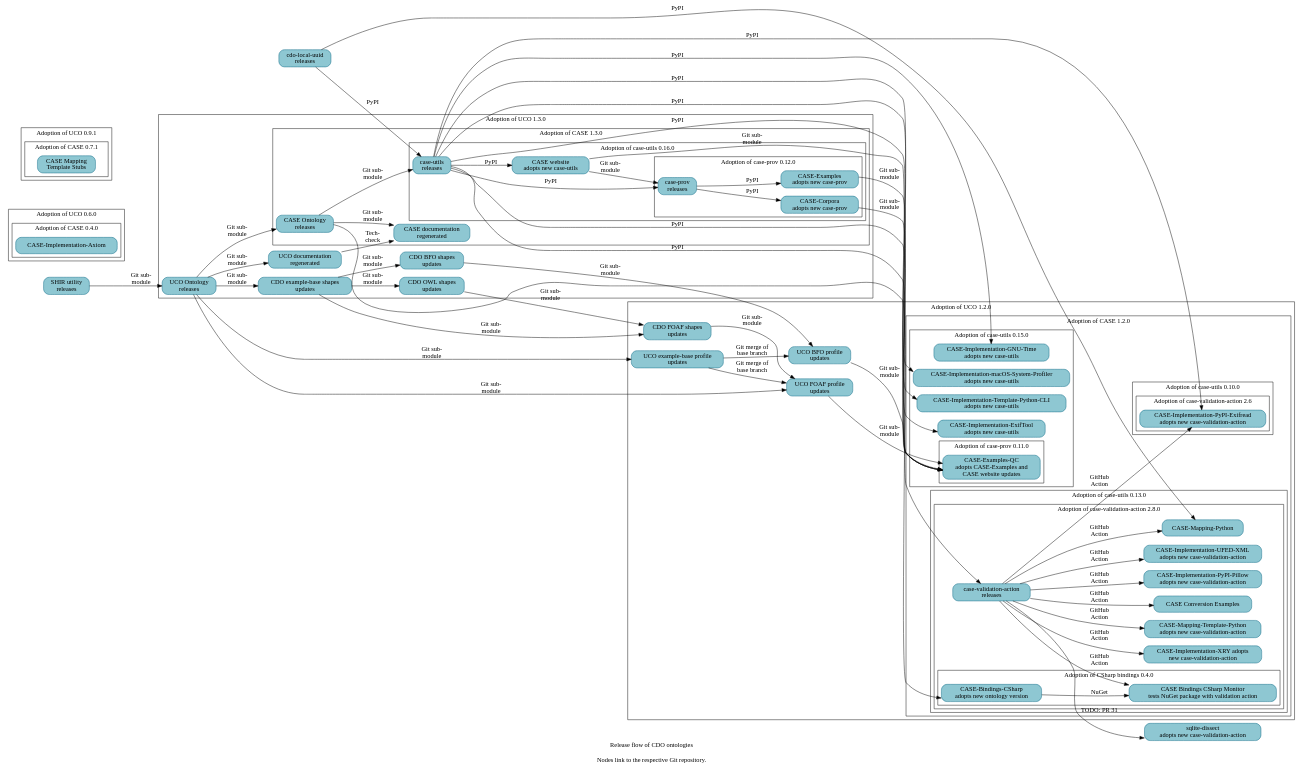
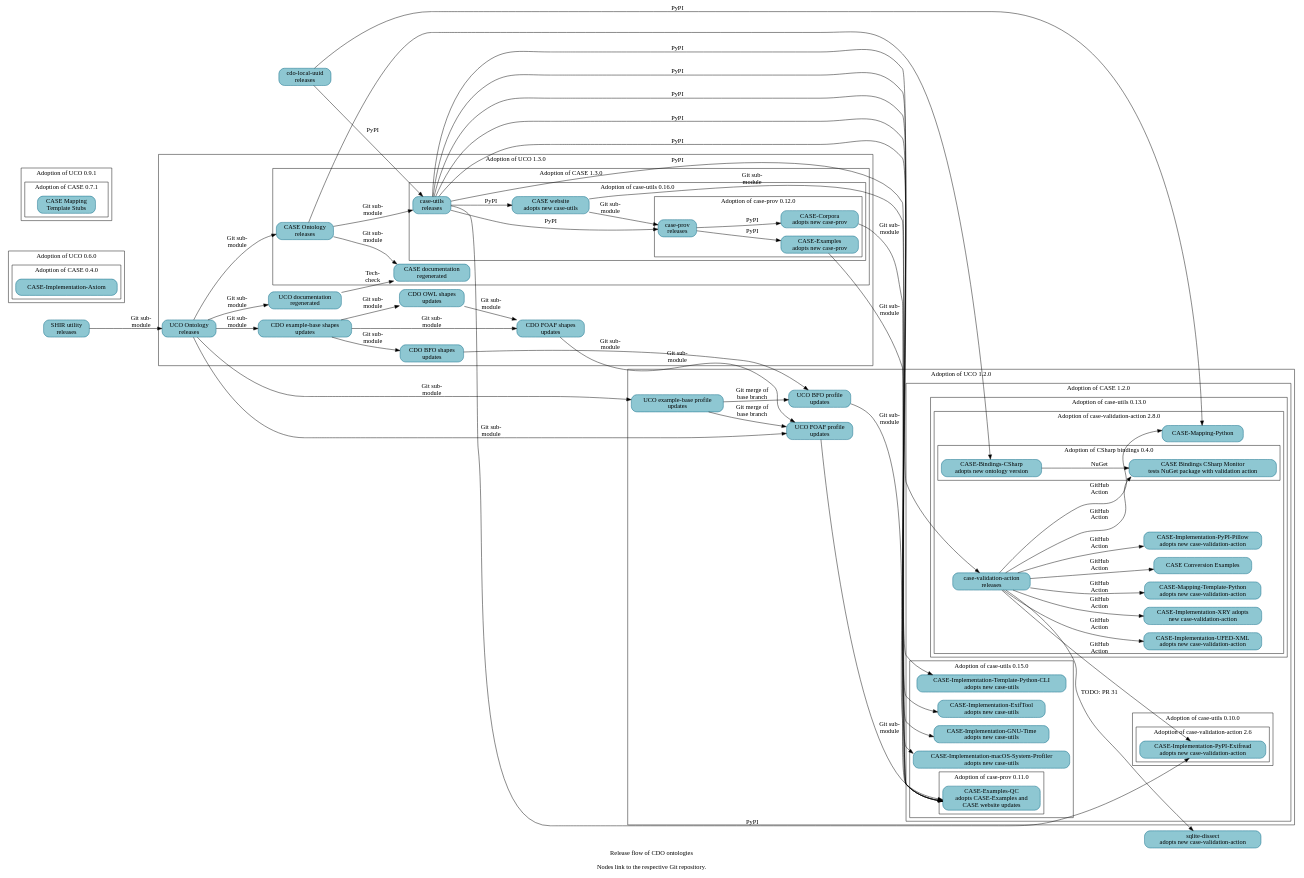
Before and after one commit to Cyber-Domain-Ontology/cdo.github.io: the diagram in resources/project_release_flow.dot, drawn with Graphviz. The commit also changed other lines of this file, not shown here.

```diff
--- a/resources/project_release_flow.dot
+++ b/resources/project_release_flow.dot
@@ -1,173 +1,173 @@
 digraph "cdo_release_flow" {
   label = "Release flow of CDO ontologies\n\nNodes link to the respective Git repository." ;
   rankdir = "LR" ;
   node [shape="rectangle" style="filled,rounded" fillcolor="#8EC7D2" color="#0D6986"] ;
 
   // Define nodes in their corresponding progress subgraph.
 
   _GH__CYBER_DOMAIN_ONTOLOGY__CDO_UTILITY_LOCAL_UUID [URL="https://github.com/Cyber-Domain-Ontology/CDO-Utility-Local-UUID" label="cdo-local-uuid\nreleases"] ;
 
   subgraph cluster_uco_0_6_0 {
     label = "Adoption of UCO 0.6.0" ;
 
     subgraph cluster_case_0_4_0 {
       label = "Adoption of CASE 0.4.0" ;
       _GH__CASEWORK__CASE_IMPLEMENTATION_AXIOM [URL="https://github.com/casework/CASE-Implementation-Axiom" label="CASE-Implementation-Axiom"] ;
     }
   }
 
   subgraph cluster_uco_0_9_1 {
     label = "Adoption of UCO 0.9.1" ;
 
     subgraph cluster_case_0_7_1 {
       label = "Adoption of CASE 0.7.1" ;
       _GH__CASEWORK__CASE_MAPPING_TEMPLATE_STUBS [URL="https://github.com/casework/CASE-Mapping-Template-Stubs" label="CASE Mapping\nTemplate Stubs"] ;
     }
   }
 
   subgraph cluster_uco_1_2_0 {
     label = "Adoption of UCO 1.2.0" ;
 
-    _GH__CYBER_DOMAIN_ONTOLOGY__CDO_SHAPES_FOAF [URL="https://github.com/Cyber-Domain-Ontology/CDO-Shapes-FOAF" label="CDO FOAF shapes\nupdates"] ;
     _GH__UCOPROJECT__UCO_PROFILE_BFO [URL="https://github.com/ucoProject/UCO-Profile-BFO" label="UCO BFO profile\nupdates"] ;
     _GH__UCOPROJECT__UCO_PROFILE_EXAMPLE [URL="https://github.com/ucoProject/UCO-Profile-Example" label="UCO example-base profile\nupdates"] ;
     _GH__UCOPROJECT__UCO_PROFILE_FOAF [URL="https://github.com/ucoProject/UCO-Profile-FOAF" label="UCO FOAF profile\nupdates"] ;
 
     subgraph cluster_case_1_2_0 {
       label = "Adoption of CASE 1.2.0" ;
 
       subgraph cluster_case_utils_0_10_0 {
         label = "Adoption of case-utils 0.10.0" ;
 
         subgraph cluster_case_validation_action_2_6 {
           label = "Adoption of case-validation-action 2.6" ;
 
           _GH__CASEWORK__CASE_IMPLEMENTATION_PYPI_EXIFREAD [URL="https://github.com/casework/CASE-Implementation-PyPI-Exifread" label="CASE-Implementation-PyPI-Exifread\nadopts new case-validation-action"] ;
         }
       }
 
       subgraph cluster_case_utils_0_13_0 {
         label = "Adoption of case-utils 0.13.0" ;
 
         subgraph cluster_case_validation_action_2_8_0 {
           label = "Adoption of case-validation-action 2.8.0" ;
 
           _GH__KCHASON__CASE_VALIDATION_ACTION [URL="https://github.com/kchason/case-validation-action" label="case-validation-action\nreleases"] ;
           _GH__CASEWORK__CASE_EXAMPLES_CONVERSION [URL="https://github.com/casework/CASE-Examples-Conversion" label="CASE Conversion Examples"] ;
           _GH__CASEWORK__CASE_IMPLEMENTATION_PYPI_PILLOW [URL="https://github.com/casework/CASE-Implementation-PyPI-Pillow" label="CASE-Implementation-PyPI-Pillow\nadopts new case-validation-action"] ;
           _GH__CASEWORK__CASE_IMPLEMENTATION_UFED_XML [URL="https://github.com/casework/CASE-Implementation-UFED-XML" label="CASE-Implementation-UFED-XML\nadopts new case-validation-action"] ;
           _GH__CASEWORK__CASE_IMPLEMENTATION_XRY [URL="https://github.com/casework/CASE-Implementation-XRY" label="CASE-Implementation-XRY adopts\nnew case-validation-action"] ;
           _GH__CASEWORK__CASE_MAPPING_PYTHON [URL="https://github.com/casework/CASE-Mapping-Python/" label="CASE-Mapping-Python"] ;
           _GH__CASEWORK__CASE_MAPPING_TEMPLATE_PYTHON [URL="https://github.com/casework/CASE-Mapping-Template-Python" label="CASE-Mapping-Template-Python\nadopts new case-validation-action"] ;
 
           subgraph cluster_case_bindings_csharp_0_4_0 {
             label = "Adoption of CSharp bindings 0.4.0" ;
 
             _GH__CASEWORK__CASE_BINDINGS_CSHARP_MONITOR [URL="https://github.com/casework/CASE-Bindings-CSharp-Monitor" label="CASE Bindings CSharp Monitor\ntests NuGet package with validation action"] ;
             _GH__CIPHERTECHSOLUTIONS__CASE_BINDINGS_CSHARP [URL="https://github.com/ciphertechsolutions/CASE-Bindings-CSharp" label="CASE-Bindings-CSharp\nadopts new ontology version"] ;
           }
         }
       }
 
       subgraph cluster_case_utils_0_15_0 {
         label = "Adoption of case-utils 0.15.0" ;
 
         _GH__CASEWORK__CASE_IMPLEMENTATION_EXIFTOOL [URL="https://github.com/casework/CASE-Implementation-ExifTool" label="CASE-Implementation-ExifTool\nadopts new case-utils"] ;
         _GH__CASEWORK__CASE_IMPLEMENTATION_GNU_TIME [URL="https://github.com/casework/CASE-Implementation-GNU-Time" label="CASE-Implementation-GNU-Time\nadopts new case-utils"] ;
         _GH__CASEWORK__CASE_IMPLEMENTATION_MACOS_SYSTEM_PROFILER [URL="https://github.com/casework/CASE-Implementation-macOS-System-Profiler" label="CASE-Implementation-macOS-System-Profiler\nadopts new case-utils"] ;
         _GH__CASEWORK__CASE_IMPLEMENTATION_TEMPLATE_PYTHON_CLI [URL="https://github.com/casework/CASE-Implementation-Template-Python-CLI" label="CASE-Implementation-Template-Python-CLI\nadopts new case-utils"]
 
         subgraph cluster_case_prov_0_11_0 {
           label = "Adoption of case-prov 0.11.0" ;
 
           _GH__AJNELSON_NIST__CASE_EXAMPLES_QC [URL="https://github.com/ajnelson-nist/CASE-Examples-QC" label="CASE-Examples-QC\nadopts CASE-Examples and\nCASE website updates"] ;
         }
       }
     }
   }
 
   subgraph cluster_uco_1_3_0 {
     label = "Adoption of UCO 1.3.0" ;
 
     _GH__CYBER_DOMAIN_ONTOLOGY__CDO_SHAPES_BFO [URL="https://github.com/Cyber-Domain-Ontology/CDO-Shapes-BFO" label="CDO BFO shapes\nupdates"] ;
     _GH__CYBER_DOMAIN_ONTOLOGY__CDO_SHAPES_EXAMPLE [URL="https://github.com/Cyber-Domain-Ontology/CDO-Shapes-Example" label="CDO example-base shapes\nupdates"] ;
+    _GH__CYBER_DOMAIN_ONTOLOGY__CDO_SHAPES_FOAF [URL="https://github.com/Cyber-Domain-Ontology/CDO-Shapes-FOAF" label="CDO FOAF shapes\nupdates"] ;
     _GH__CYBER_DOMAIN_ONTOLOGY__CDO_SHAPES_OWL [URL="https://github.com/Cyber-Domain-Ontology/CDO-Shapes-OWL" label="CDO OWL shapes\nupdates"] ;
     _GH__UCOPROJECT__ONTOLOGY_UNIFIEDCYBERONTOLOGY_ORG [URL="https://github.com/ucoProject/ontology.unifiedcyberontology.org" label="UCO documentation\nregenerated"] ;
     _GH__UCOPROJECT__UCO [URL="https://github.com/ucoProject/UCO" label="UCO Ontology\nreleases"] ;
 
     subgraph cluster_case_1_2_0 {
       label = "Adoption of CASE 1.3.0" ;
 
       _GH__CASEWORK__CASE [URL="https://github.com/casework/CASE" label="CASE Ontology\nreleases"] ;
       _GH__CASEWORK__ONTOLOGY_CASEONTOLOGY_ORG [URL="https://github.com/casework/ontology.caseontology.org" label="CASE documentation\nregenerated"] ;
 
       subgraph cluster_case_utils_0_16_0 {
         label = "Adoption of case-utils 0.16.0" ;
 
         _GH__CASEWORK__CASE_UTILITIES_PYTHON [URL="https://github.com/casework/CASE-Utilities-Python" label="case-utils\nreleases"] ;
         _GH__CASEWORK__CASEWORK_GITHUB_IO [URL="https://github.com/casework/casework.github.io" label="CASE website\nadopts new case-utils"] ;
 
         subgraph cluster_case_prov_0_12_0 {
           label = "Adoption of case-prov 0.12.0" ;
 
           _GH__CASEWORK__CASE_CORPORA [URL="https://github.com/casework/CASE-Corpora" label="CASE-Corpora\nadopts new case-prov"] ;
           _GH__CASEWORK__CASE_EXAMPLES [URL="https://github.com/casework/CASE-Examples" label="CASE-Examples\nadopts new case-prov"] ;
           _GH__CASEWORK__CASE_IMPLEMENTATION_PROV_O [URL="https://github.com/casework/CASE-Implementation-PROV-O" label="case-prov\nreleases"] ;
         }
       }
     }
   }
 
   _GH__CASEWORK__CASE_UTILITY_SHACL_INHERITANCE_REVIEWER [URL="https://github.com/casework/CASE-Utility-SHACL-Inheritance-Reviewer" label="SHIR utility\nreleases"] ;
   _GH__DOD_CYBER_CRIME_CENTER__SQLITE_DISSECT [URL="https://github.com/dod-cyber-crime-center/sqlite-dissect" label="sqlite-dissect\nadopts new case-validation-action"] ;
 
   // Begin edges
 
   _GH__CASEWORK__CASEWORK_GITHUB_IO -> _GH__CASEWORK__CASE_IMPLEMENTATION_PROV_O [label="Git sub-\nmodule"] ;
   _GH__CASEWORK__CASE_CORPORA -> _GH__AJNELSON_NIST__CASE_EXAMPLES_QC [label="Git sub-\nmodule"] ;
   _GH__CASEWORK__CASE -> _GH__CASEWORK__CASE_UTILITIES_PYTHON [label="Git sub-\nmodule"] ;
   _GH__CASEWORK__CASE -> _GH__CIPHERTECHSOLUTIONS__CASE_BINDINGS_CSHARP ;
   _GH__CASEWORK__CASE -> _GH__CASEWORK__ONTOLOGY_CASEONTOLOGY_ORG [label="Git sub-\nmodule"] ; 
   _GH__CASEWORK__CASE_EXAMPLES -> _GH__AJNELSON_NIST__CASE_EXAMPLES_QC [label="Git sub-\nmodule"] ;
   _GH__CASEWORK__CASE_IMPLEMENTATION_PROV_O -> _GH__CASEWORK__CASE_CORPORA [label="PyPI"] ;
   _GH__CASEWORK__CASE_IMPLEMENTATION_PROV_O -> _GH__CASEWORK__CASE_EXAMPLES [label="PyPI"] ;
   _GH__CASEWORK__CASE_UTILITIES_PYTHON -> _GH__AJNELSON_NIST__CASE_EXAMPLES_QC [label="PyPI"] ;
   _GH__CASEWORK__CASE_UTILITIES_PYTHON -> _GH__CASEWORK__CASE_IMPLEMENTATION_EXIFTOOL [label="PyPI"] ;
   _GH__CASEWORK__CASE_UTILITIES_PYTHON -> _GH__CASEWORK__CASE_IMPLEMENTATION_GNU_TIME [label="PyPI"] ;
   _GH__CASEWORK__CASE_UTILITIES_PYTHON -> _GH__CASEWORK__CASE_IMPLEMENTATION_MACOS_SYSTEM_PROFILER [label="PyPI"] ;
   _GH__CASEWORK__CASE_UTILITIES_PYTHON -> _GH__CASEWORK__CASE_IMPLEMENTATION_PROV_O [label="PyPI"] ;
   _GH__CASEWORK__CASE_UTILITIES_PYTHON -> _GH__CASEWORK__CASE_IMPLEMENTATION_PYPI_EXIFREAD [label="PyPI"] ;
   _GH__CASEWORK__CASE_UTILITIES_PYTHON -> _GH__CASEWORK__CASE_IMPLEMENTATION_TEMPLATE_PYTHON_CLI [label="PyPI"];
   _GH__CASEWORK__CASE_UTILITIES_PYTHON -> _GH__KCHASON__CASE_VALIDATION_ACTION [label="PyPI"] ;
   _GH__CASEWORK__CASE_UTILITIES_PYTHON -> _GH__CASEWORK__CASEWORK_GITHUB_IO [label="PyPI"] ;
   _GH__CASEWORK__CASE_UTILITY_SHACL_INHERITANCE_REVIEWER -> _GH__UCOPROJECT__UCO [label="Git sub-\nmodule"] ;
   _GH__CASEWORK__CASEWORK_GITHUB_IO -> _GH__AJNELSON_NIST__CASE_EXAMPLES_QC [label="Git sub-\nmodule"] ;
   _GH__CIPHERTECHSOLUTIONS__CASE_BINDINGS_CSHARP -> _GH__CASEWORK__CASE_BINDINGS_CSHARP_MONITOR [label="NuGet"] ;
   _GH__CYBER_DOMAIN_ONTOLOGY__CDO_UTILITY_LOCAL_UUID -> _GH__CASEWORK__CASE_MAPPING_PYTHON [label="PyPI"] ;
   _GH__CYBER_DOMAIN_ONTOLOGY__CDO_UTILITY_LOCAL_UUID -> _GH__CASEWORK__CASE_UTILITIES_PYTHON [label="PyPI"] ;
   _GH__CYBER_DOMAIN_ONTOLOGY__CDO_SHAPES_BFO -> _GH__UCOPROJECT__UCO_PROFILE_BFO [label="Git sub-\nmodule"] ;
   _GH__CYBER_DOMAIN_ONTOLOGY__CDO_SHAPES_EXAMPLE -> _GH__CYBER_DOMAIN_ONTOLOGY__CDO_SHAPES_BFO [label="Git sub-\nmodule"] ;
   _GH__CYBER_DOMAIN_ONTOLOGY__CDO_SHAPES_EXAMPLE -> _GH__CYBER_DOMAIN_ONTOLOGY__CDO_SHAPES_FOAF [label="Git sub-\nmodule"] ;
   _GH__CYBER_DOMAIN_ONTOLOGY__CDO_SHAPES_EXAMPLE -> _GH__CYBER_DOMAIN_ONTOLOGY__CDO_SHAPES_OWL [label="Git sub-\nmodule"] ;
   _GH__CYBER_DOMAIN_ONTOLOGY__CDO_SHAPES_FOAF -> _GH__UCOPROJECT__UCO_PROFILE_FOAF [label="Git sub-\nmodule"] ;
   _GH__CYBER_DOMAIN_ONTOLOGY__CDO_SHAPES_OWL -> _GH__CYBER_DOMAIN_ONTOLOGY__CDO_SHAPES_FOAF [label="Git sub-\nmodule"] ;
   _GH__KCHASON__CASE_VALIDATION_ACTION -> _GH__CASEWORK__CASE_BINDINGS_CSHARP_MONITOR [label="GitHub\nAction"] ;
   _GH__KCHASON__CASE_VALIDATION_ACTION -> _GH__CASEWORK__CASE_EXAMPLES_CONVERSION [label="GitHub\nAction"];
   _GH__KCHASON__CASE_VALIDATION_ACTION -> _GH__CASEWORK__CASE_IMPLEMENTATION_PYPI_EXIFREAD [label="GitHub\nAction"] ;
   _GH__KCHASON__CASE_VALIDATION_ACTION -> _GH__CASEWORK__CASE_IMPLEMENTATION_PYPI_PILLOW [label="GitHub\nAction"] ;
   _GH__KCHASON__CASE_VALIDATION_ACTION -> _GH__CASEWORK__CASE_IMPLEMENTATION_UFED_XML [label="GitHub\nAction"] ;
   _GH__KCHASON__CASE_VALIDATION_ACTION -> _GH__CASEWORK__CASE_IMPLEMENTATION_XRY [label="GitHub\nAction"] ;
   _GH__KCHASON__CASE_VALIDATION_ACTION -> _GH__CASEWORK__CASE_MAPPING_PYTHON [label="GitHub\nAction"] ;
   _GH__KCHASON__CASE_VALIDATION_ACTION -> _GH__CASEWORK__CASE_MAPPING_TEMPLATE_PYTHON [label="GitHub\nAction"] ;
   _GH__KCHASON__CASE_VALIDATION_ACTION -> _GH__DOD_CYBER_CRIME_CENTER__SQLITE_DISSECT [URL="https://github.com/dod-cyber-crime-center/sqlite-dissect/pull/31" label="TODO: PR 31"] ;
   _GH__UCOPROJECT__ONTOLOGY_UNIFIEDCYBERONTOLOGY_ORG -> _GH__CASEWORK__ONTOLOGY_CASEONTOLOGY_ORG [label="Tech-\ncheck"];
   _GH__UCOPROJECT__UCO -> _GH__CASEWORK__CASE [label="Git sub-\nmodule"] ;
   _GH__UCOPROJECT__UCO -> _GH__CYBER_DOMAIN_ONTOLOGY__CDO_SHAPES_EXAMPLE [label="Git sub-\nmodule"] ;
   _GH__UCOPROJECT__UCO -> _GH__UCOPROJECT__ONTOLOGY_UNIFIEDCYBERONTOLOGY_ORG [label="Git sub-\nmodule"] ;
   _GH__UCOPROJECT__UCO -> _GH__UCOPROJECT__UCO_PROFILE_EXAMPLE [label="Git sub-\nmodule"] ;
   _GH__UCOPROJECT__UCO -> _GH__UCOPROJECT__UCO_PROFILE_FOAF [label="Git sub-\nmodule"] ;
   _GH__UCOPROJECT__UCO_PROFILE_BFO -> _GH__AJNELSON_NIST__CASE_EXAMPLES_QC [label="Git sub-\nmodule"] ;
   _GH__UCOPROJECT__UCO_PROFILE_EXAMPLE -> _GH__UCOPROJECT__UCO_PROFILE_BFO [label="Git merge of\nbase branch"] ;
   _GH__UCOPROJECT__UCO_PROFILE_EXAMPLE -> _GH__UCOPROJECT__UCO_PROFILE_FOAF [label="Git merge of\nbase branch"] ;
   _GH__UCOPROJECT__UCO_PROFILE_FOAF -> _GH__AJNELSON_NIST__CASE_EXAMPLES_QC [label="Git sub-\nmodule"] ;
 }
```
